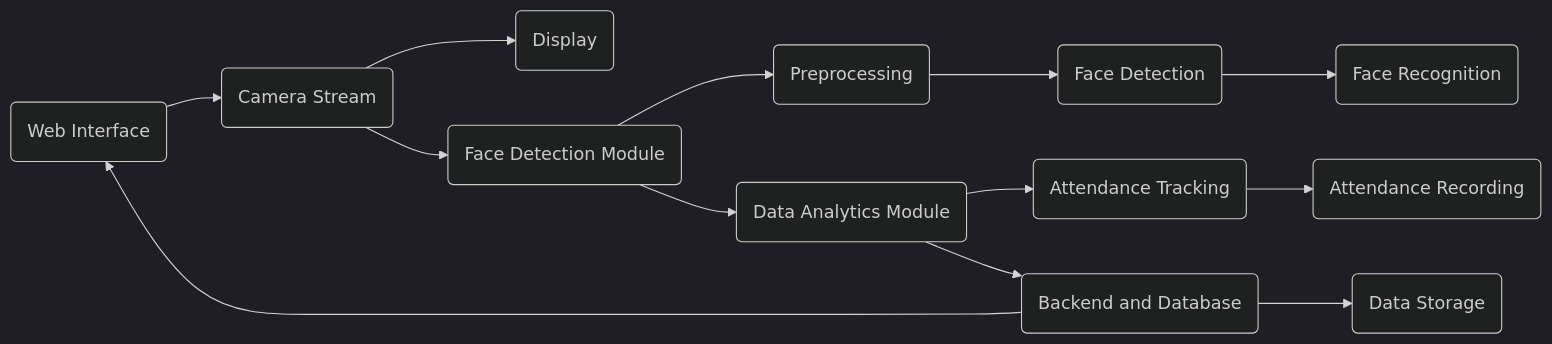
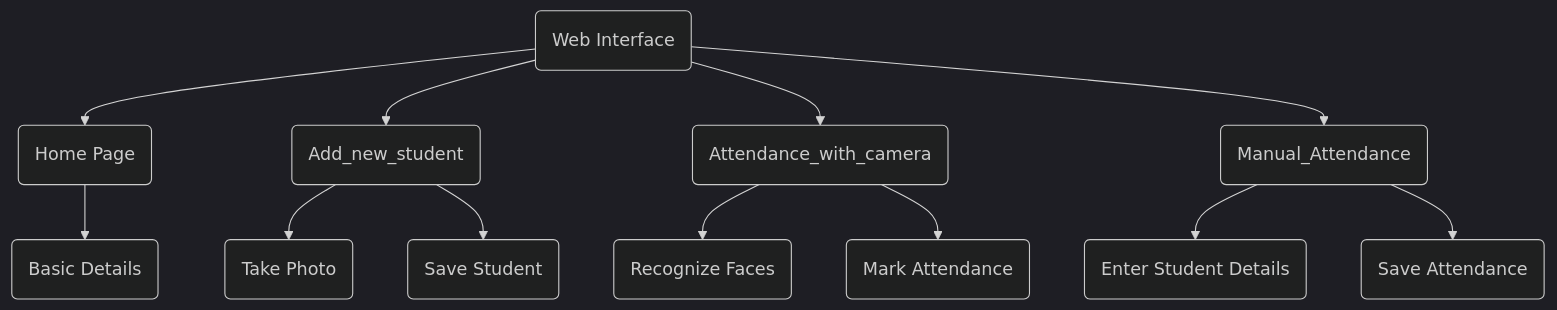
One commit to indrapaul824/face-recognition-based-attendance-system changed the diagram in Attendance-System-Project/README.md. Above: the diagram before and after it, drawn with Mermaid (dark theme).

Commit message:
Add architecture diagram

````diff
--- a/Attendance-System-Project/README.md
+++ b/Attendance-System-Project/README.md
@@ -22,16 +22,18 @@
 ```mermaid
-graph LR;
+graph TD
 
-A(Web Interface) --> B(Camera Stream)
-B --> C(Display)
-B --> D(Face Detection Module)
-D --> E(Preprocessing)
-E --> F(Face Detection)
-F --> G(Face Recognition)
-D --> H(Data Analytics Module)
-H --> I(Attendance Tracking)
-I --> J(Attendance Recording)
-H --> K(Backend and Database)
-K --> L(Data Storage)
-K --> A
+A(Web Interface) --> B(Home Page)
+A --> C(Add_new_student)
+A --> D(Attendance_with_camera)
+A --> E(Manual_Attendance)
+
+B --> F(Basic Details)
+C --> G(Take Photo)
+C --> H(Save Student)
+D --> J(Recognize Faces)
+D --> K(Mark Attendance)
+E --> L(Enter Student Details)
+E --> M(Save Attendance)
+
+
 ```
````
